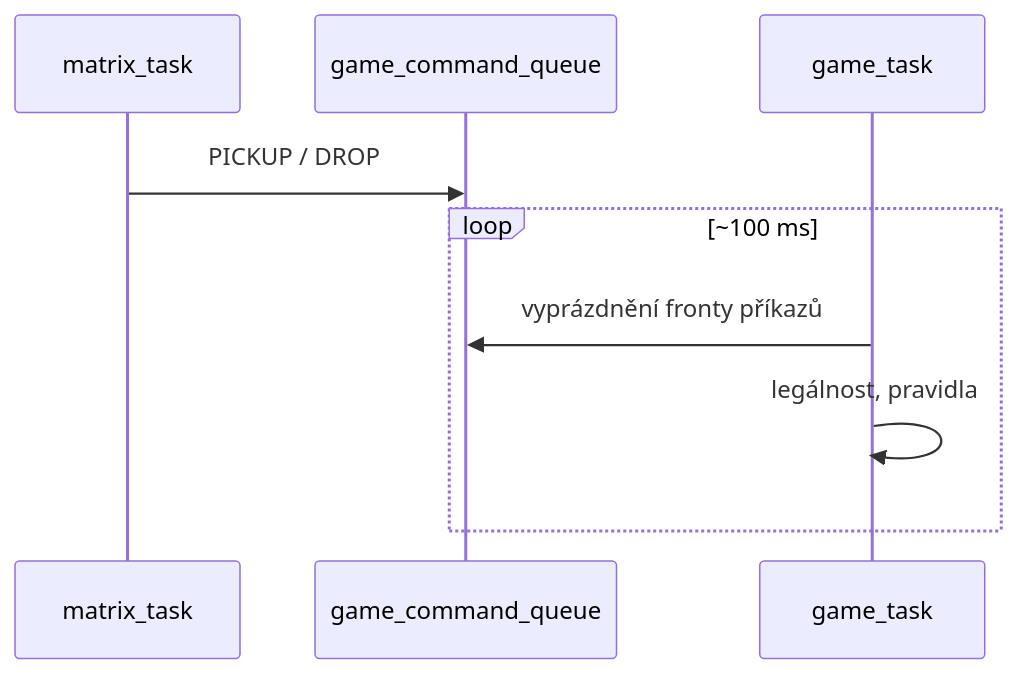
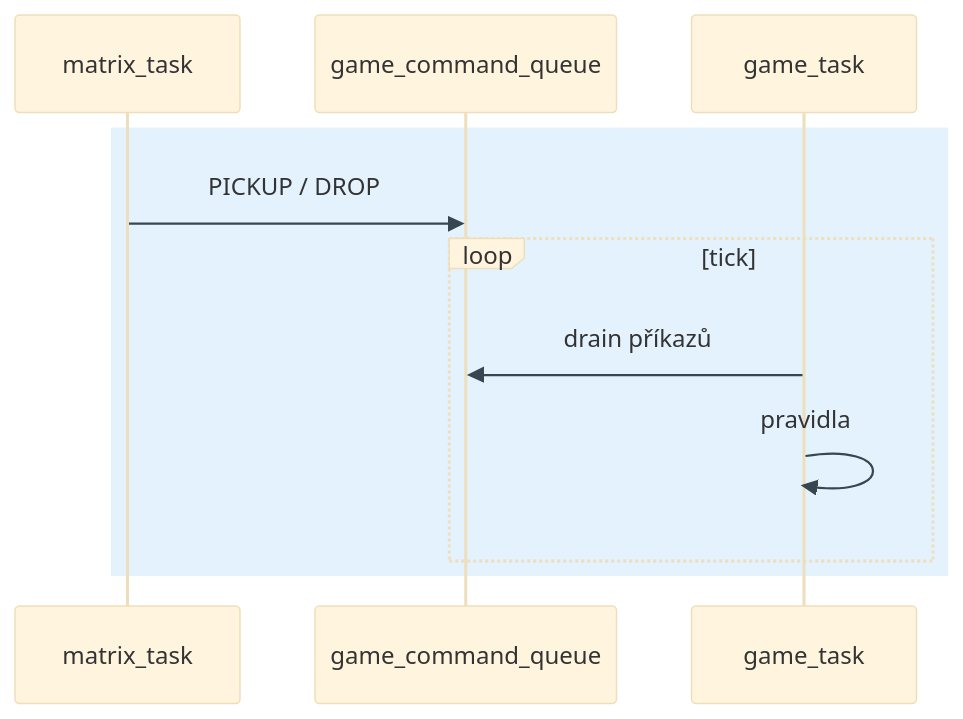
The fifth of 6 diagrams in docs/diagrams/README.md (AlfredKrutina/chess_esp32_c6_devkit), drawn with Mermaid before and after one commit. The commit also changed other lines of this file and 29 other files, not shown here.

First line of the commit message:
docs: barevné Mermaid SVG, LED + Flutter vrstvy, lokální backlog

````diff
--- a/docs/diagrams/README.md
+++ b/docs/diagrams/README.md
@@ -111,11 +164,14 @@
 ```mermaid
+%%{init: {'theme':'base', 'themeVariables': {'signalColor':'#37474f'}}}%%
 sequenceDiagram
-  participant MT as matrix_task
-  participant GQ as game_command_queue
-  participant GT as game_task
-  MT->>GQ: PICKUP / DROP
-  loop ~100 ms
-    GT->>GQ: vyprázdnění fronty příkazů
-    GT->>GT: legálnost, pravidla
+  rect rgb(227, 242, 253)
+    participant MT as matrix_task
+    participant GQ as game_command_queue
+    participant GT as game_task
+    MT->>GQ: PICKUP / DROP
+    loop tick
+      GT->>GQ: drain příkazů
+      GT->>GT: pravidla
+    end
   end
 ```
````
